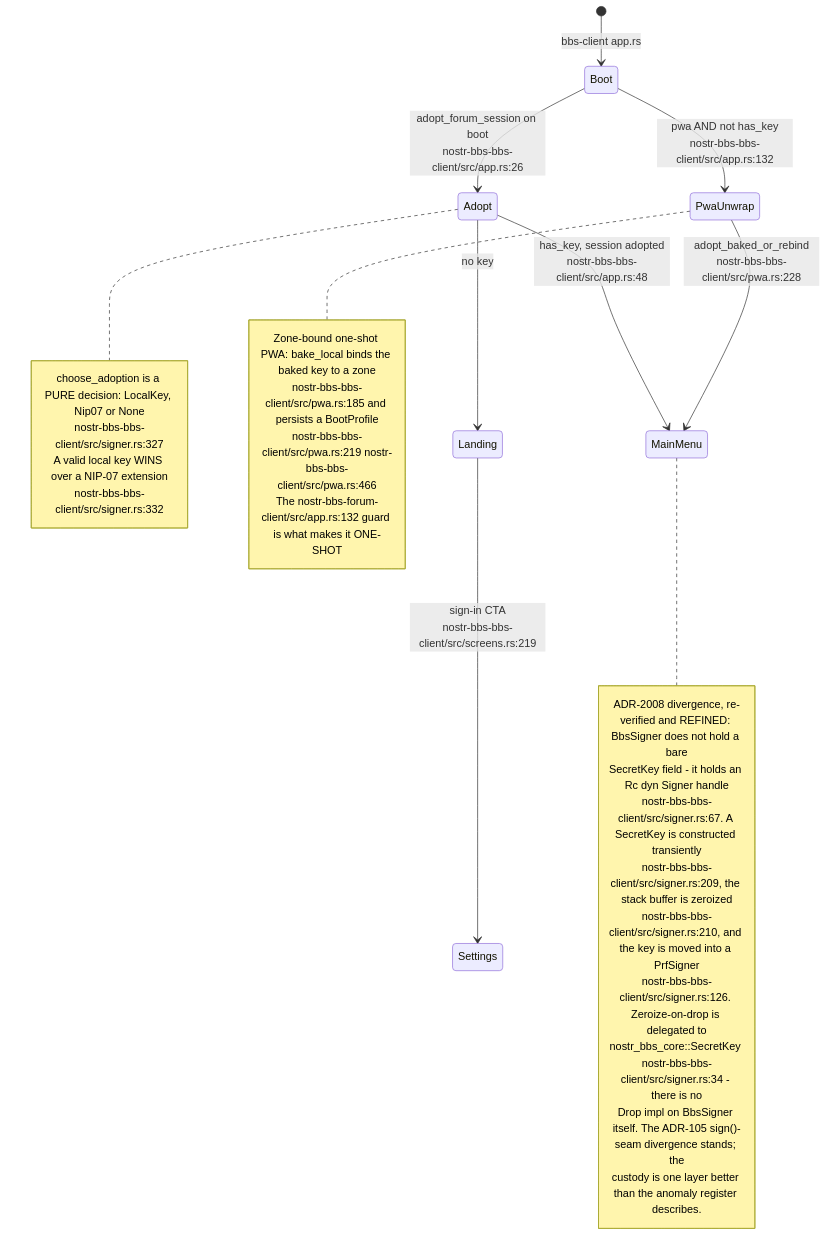
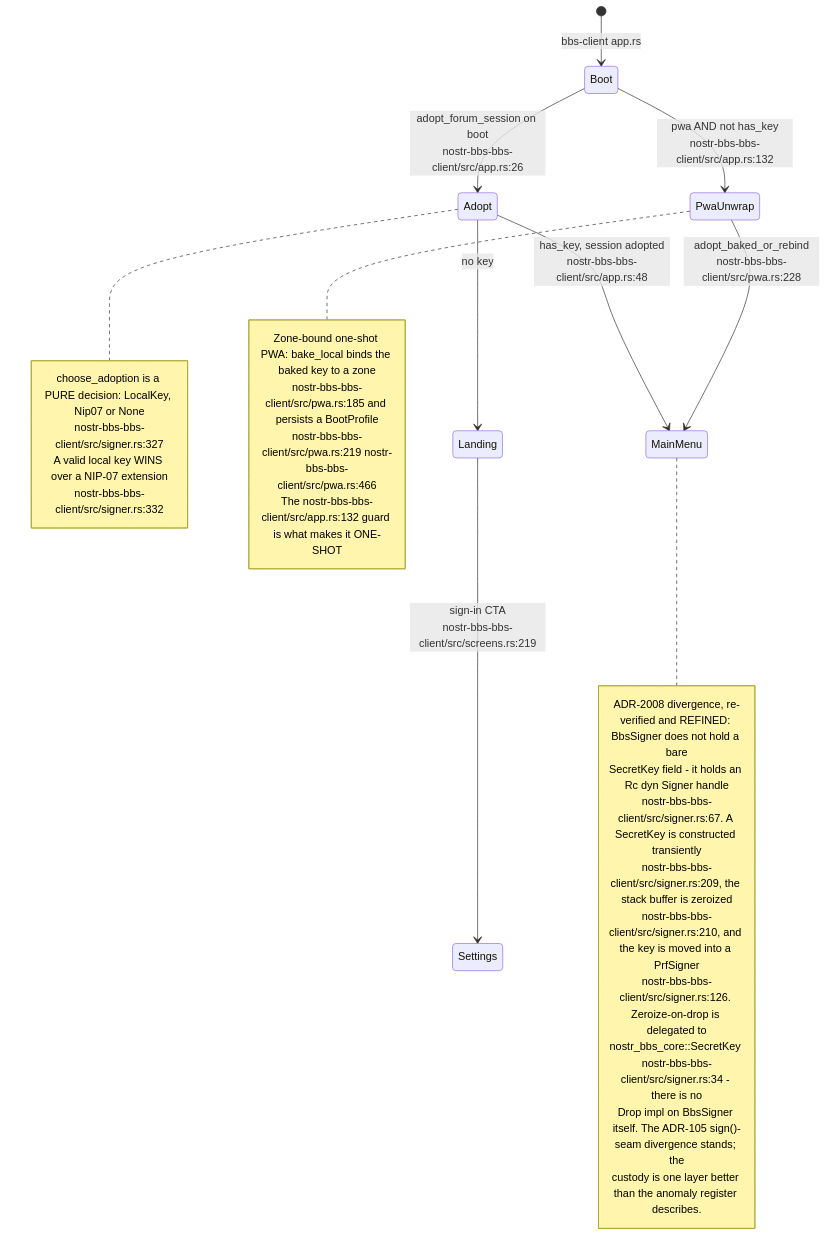
Before and after one commit to DreamLab-AI/VisionFlow: diagram 11 of 14 in docs/diagrams/nostr-rust-forum/05-leptos-clients-onboarding-messaging-governance.md, drawn with Mermaid. The commit also changed other lines of this file and 11 other files, not shown here.

````diff
--- a/docs/diagrams/nostr-rust-forum/05-leptos-clients-onboarding-messaging-governance.md
+++ b/docs/diagrams/nostr-rust-forum/05-leptos-clients-onboarding-messaging-governance.md
@@ -313,34 +322,34 @@
 ```mermaid
 stateDiagram-v2
     [*] --> Boot: bbs-client app.rs
     Boot --> Adopt: adopt_forum_session on boot<br/>nostr-bbs-bbs-client/src/app.rs:26
     Adopt --> MainMenu: has_key, session adopted<br/>nostr-bbs-bbs-client/src/app.rs:48
     Adopt --> Landing: no key
     Boot --> PwaUnwrap: pwa AND not has_key<br/>nostr-bbs-bbs-client/src/app.rs:132
     PwaUnwrap --> MainMenu: adopt_baked_or_rebind<br/>nostr-bbs-bbs-client/src/pwa.rs:228
     Landing --> Settings: sign-in CTA<br/>nostr-bbs-bbs-client/src/screens.rs:219
 
     note right of Adopt
         choose_adoption is a PURE decision: LocalKey, Nip07 or None
         nostr-bbs-bbs-client/src/signer.rs:327
         A valid local key WINS over a NIP-07 extension
         nostr-bbs-bbs-client/src/signer.rs:332
     end note
     note right of PwaUnwrap
         Zone-bound one-shot PWA: bake_local binds the baked key to a zone
         nostr-bbs-bbs-client/src/pwa.rs:185 and persists a BootProfile
         nostr-bbs-bbs-client/src/pwa.rs:219 nostr-bbs-bbs-client/src/pwa.rs:466
-        The nostr-bbs-forum-client/src/app.rs:132 guard is what makes it ONE-SHOT
+        The nostr-bbs-bbs-client/src/app.rs:132 guard is what makes it ONE-SHOT
     end note
     note right of MainMenu
         ADR-2008 divergence, re-verified and REFINED: BbsSigner does not hold a bare
         SecretKey field - it holds an Rc dyn Signer handle
         nostr-bbs-bbs-client/src/signer.rs:67. A SecretKey is constructed transiently
         nostr-bbs-bbs-client/src/signer.rs:209, the stack buffer is zeroized
         nostr-bbs-bbs-client/src/signer.rs:210, and the key is moved into a PrfSigner
         nostr-bbs-bbs-client/src/signer.rs:126. Zeroize-on-drop is delegated to
         nostr_bbs_core::SecretKey nostr-bbs-bbs-client/src/signer.rs:34 - there is no
         Drop impl on BbsSigner itself. The ADR-105 sign()-seam divergence stands; the
         custody is one layer better than the anomaly register describes.
     end note
 ```
````
